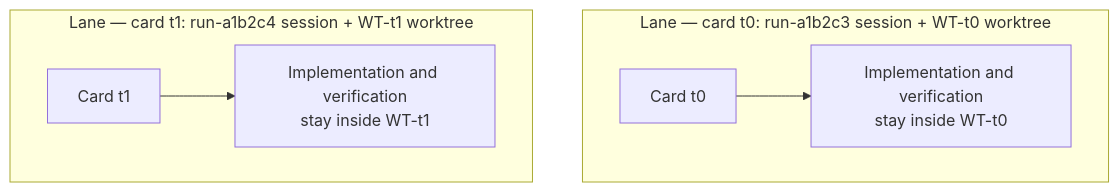
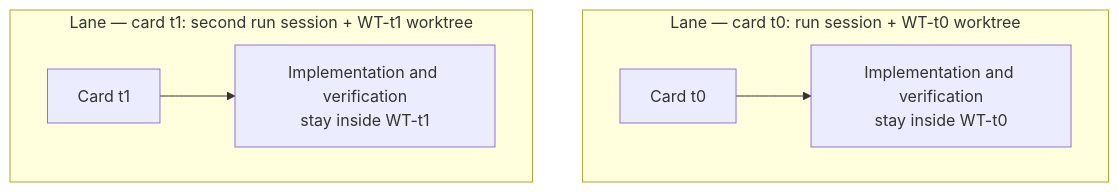
Before and after one commit to modu-ai/moai-adk: the second of 2 diagrams in docs-site/content/en/core-concepts/kanban-board-terms.md, drawn with Mermaid. The commit also changed other lines of this file and 16 other files, not shown here.

````diff
--- a/docs-site/content/en/core-concepts/kanban-board-terms.md
+++ b/docs-site/content/en/core-concepts/kanban-board-terms.md
@@ -48,9 +47,9 @@
 ```mermaid
 flowchart TD
-    subgraph LaneA["Lane — card t0: run-a1b2c3 session + WT-t0 worktree"]
+    subgraph LaneA["Lane — card t0: run session + WT-t0 worktree"]
         A0["Card t0"] --> A1["Implementation and verification<br/>stay inside WT-t0"]
     end
-    subgraph LaneB["Lane — card t1: run-a1b2c4 session + WT-t1 worktree"]
+    subgraph LaneB["Lane — card t1: second run session + WT-t1 worktree"]
         B0["Card t1"] --> B1["Implementation and verification<br/>stay inside WT-t1"]
     end
 ```
````
